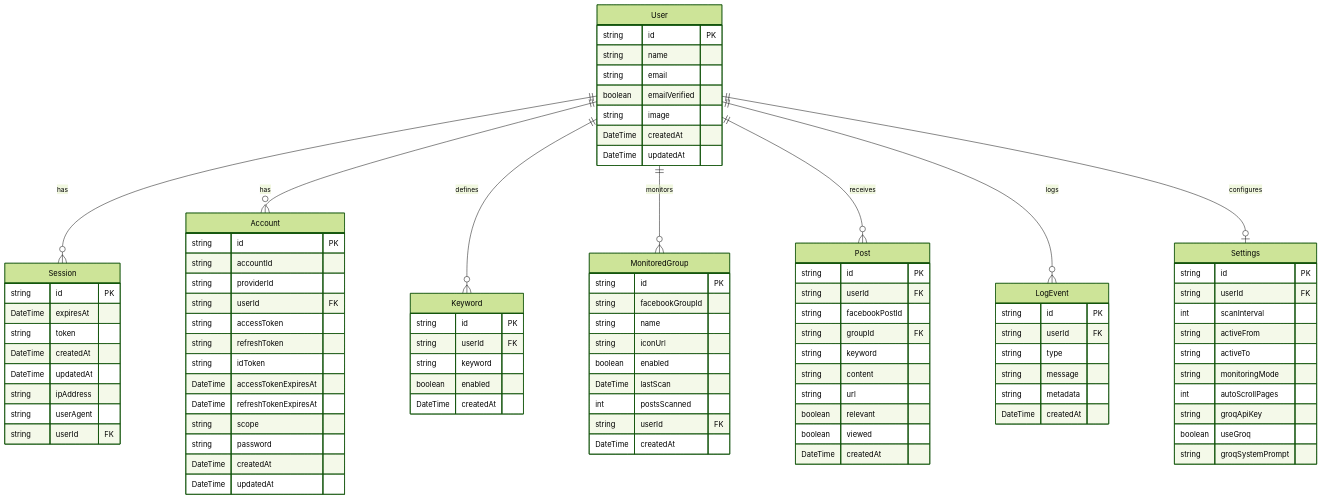
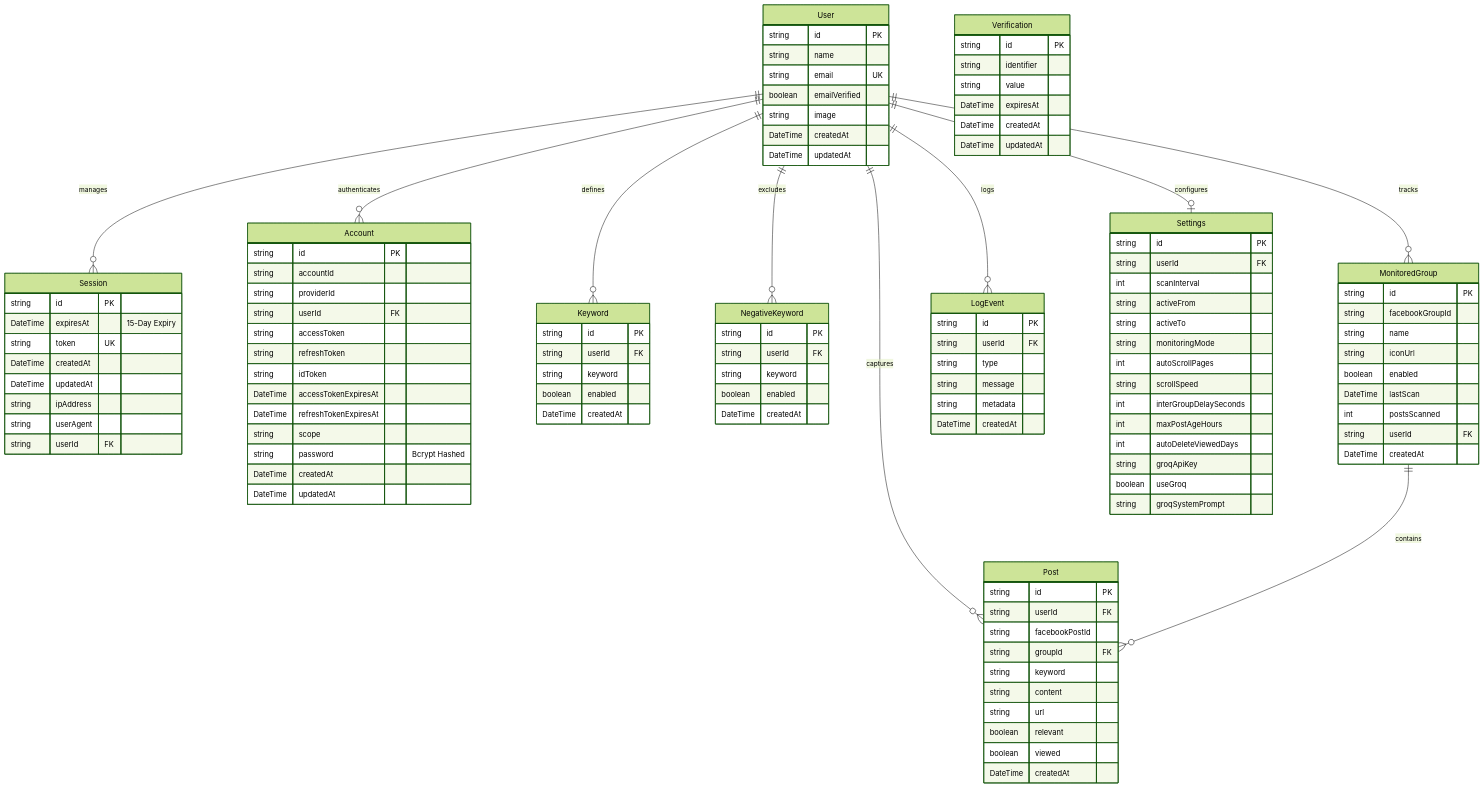
One commit to Abubakkar-Khan/Group_Scout_Electron changed the sixth of 6 diagrams in README.md. Above: the diagram before and after it, drawn with Mermaid (forest theme). The commit also changed other lines of this file, not shown here.

Commit message:
docs: updated README.md with lengthy structure, system flowcharts, dual-database diagrams, ERD, and build guide

````diff
--- a/README.md
+++ b/README.md
@@ -135,17 +185,13 @@
 ```mermaid
 erDiagram
-    User ||--o{ Session : has
-    User ||--o{ Account : has
-    User ||--o{ Keyword : defines
-    User ||--o{ MonitoredGroup : monitors
-    User ||--o{ Post : receives
-    User ||--o{ LogEvent : logs
-    User ||--o| Settings : configures
-
+    %% --- Online Neon PostgreSQL Database (Auth Only) ---
+    User ||--o{ Session : manages
+    User ||--o{ Account : authenticates
+    
     User {
         string id PK
         string name
-        string email
+        string email UK
         boolean emailVerified
         string image
         DateTime createdAt
@@ -154,8 +200,8 @@
 
     Session {
         string id PK
-        DateTime expiresAt
-        string token
+        DateTime expiresAt "15-Day Expiry"
+        string token UK
         DateTime createdAt
         DateTime updatedAt
         string ipAddress
@@ -174,25 +220,38 @@
         DateTime accessTokenExpiresAt
         DateTime refreshTokenExpiresAt
         string scope
-        string password
+        string password "Bcrypt Hashed"
         DateTime createdAt
         DateTime updatedAt
     }
 
-    Settings {
+    Verification {
+        string id PK
+        string identifier
+        string value
+        DateTime expiresAt
+        DateTime createdAt
+        DateTime updatedAt
+    }
+
+    %% --- Local SQLite Database (Local Data Only) ---
+    User ||--o{ Keyword : defines
+    User ||--o{ NegativeKeyword : excludes
+    User ||--o{ MonitoredGroup : tracks
+    User ||--o{ Post : captures
+    User ||--o{ LogEvent : logs
+    User ||--o| Settings : configures
+    MonitoredGroup ||--o{ Post : contains
+
+    Keyword {
         string id PK
         string userId FK
-        int scanInterval
-        string activeFrom
-        string activeTo
-        string monitoringMode
-        int autoScrollPages
-        string groqApiKey
-        boolean useGroq
-        string groqSystemPrompt
+        string keyword
+        boolean enabled
+        DateTime createdAt
     }
 
-    Keyword {
+    NegativeKeyword {
         string id PK
         string userId FK
         string keyword
@@ -225,6 +284,23 @@
         DateTime createdAt
     }
 
+    Settings {
+        string id PK
+        string userId FK
+        int scanInterval
+        string activeFrom
+        string activeTo
+        string monitoringMode
+        int autoScrollPages
+        string scrollSpeed
+        int interGroupDelaySeconds
+        int maxPostAgeHours
+        int autoDeleteViewedDays
+        string groqApiKey
+        boolean useGroq
+        string groqSystemPrompt
+    }
+
     LogEvent {
         string id PK
         string userId FK
````
